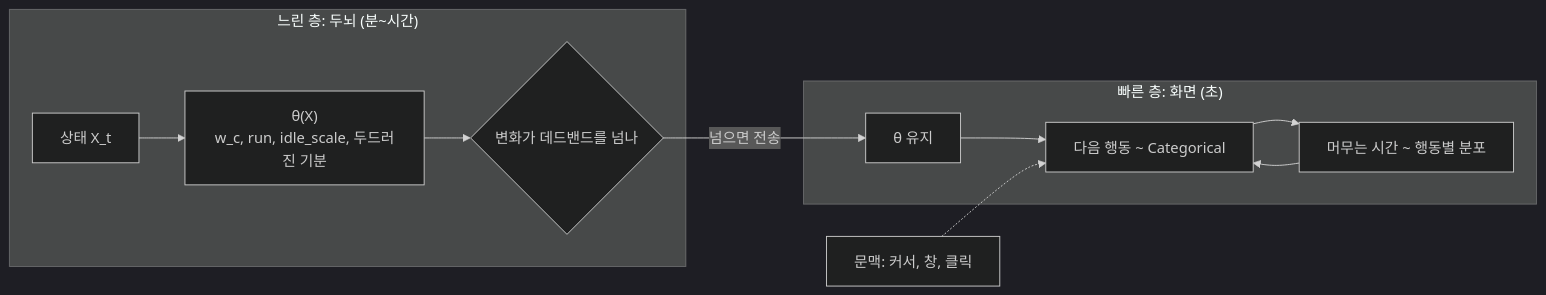
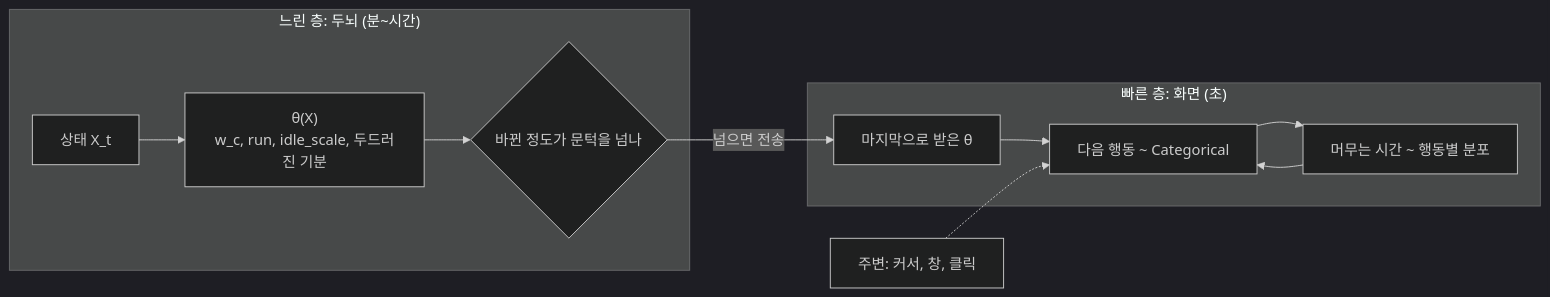
One commit to HEOSEONGILml/AssistantChatBot changed the ninth of 10 diagrams in ARCHITECTURE.md. Above: the diagram before and after it, drawn with Mermaid (dark theme). The commit also changed other lines of this file and 13 other files, not shown here.

````diff
--- a/ARCHITECTURE.md
+++ b/ARCHITECTURE.md
@@ -333,14 +335,14 @@
 ```mermaid
 flowchart LR
   subgraph SLOW["느린 층: 두뇌 (분~시간)"]
     X["상태 X_t"] --> TH["θ(X)<br>w_c, run, idle_scale, 두드러진 기분"]
-    TH --> DB{"변화가 데드밴드를 넘나"}
+    TH --> DB{"바뀐 정도가 문턱을 넘나"}
   end
   subgraph FAST["빠른 층: 화면 (초)"]
-    HOLD["θ 유지"] --> CAT["다음 행동 ~ Categorical"]
+    HOLD["마지막으로 받은 θ"] --> CAT["다음 행동 ~ Categorical"]
     CAT --> DW["머무는 시간 ~ 행동별 분포"]
     DW --> CAT
   end
   DB -->|"넘으면 전송"| HOLD
-  CTX["문맥: 커서, 창, 클릭"] -.-> CAT
+  CTX["주변: 커서, 창, 클릭"] -.-> CAT
 ```
````
